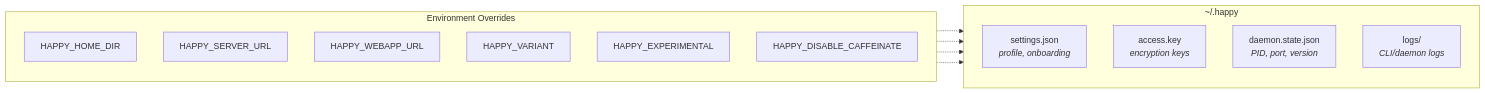
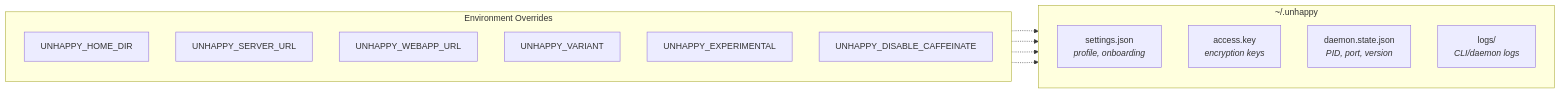
Before and after one commit to samsam-oo/unhappy: the third of 12 diagrams in docs/cli-architecture.md, drawn with Mermaid. The commit also changed other lines of this file and 75 other files, not shown here.

First line of the commit message:
refactor: rename references from "happy" to "unhappy" across documentation and code

````diff
--- a/docs/cli-architecture.md
+++ b/docs/cli-architecture.md
@@ -81,22 +81,22 @@
 ```mermaid
 graph LR
-    subgraph "~/.happy"
+    subgraph "~/.unhappy"
         direction TB
         settings["settings.json<br/><i>profile, onboarding</i>"]
         access["access.key<br/><i>encryption keys</i>"]
         daemon["daemon.state.json<br/><i>PID, port, version</i>"]
         logs["logs/<br/><i>CLI/daemon logs</i>"]
     end
 
     subgraph "Environment Overrides"
         direction TB
-        E1[HAPPY_HOME_DIR]
-        E2[HAPPY_SERVER_URL]
-        E3[HAPPY_WEBAPP_URL]
-        E4[HAPPY_VARIANT]
-        E5[HAPPY_EXPERIMENTAL]
-        E6[HAPPY_DISABLE_CAFFEINATE]
+        E1[UNHAPPY_HOME_DIR]
+        E2[UNHAPPY_SERVER_URL]
+        E3[UNHAPPY_WEBAPP_URL]
+        E4[UNHAPPY_VARIANT]
+        E5[UNHAPPY_EXPERIMENTAL]
+        E6[UNHAPPY_DISABLE_CAFFEINATE]
     end
 
     E1 -.-> settings & access & daemon & logs
 ```
````
